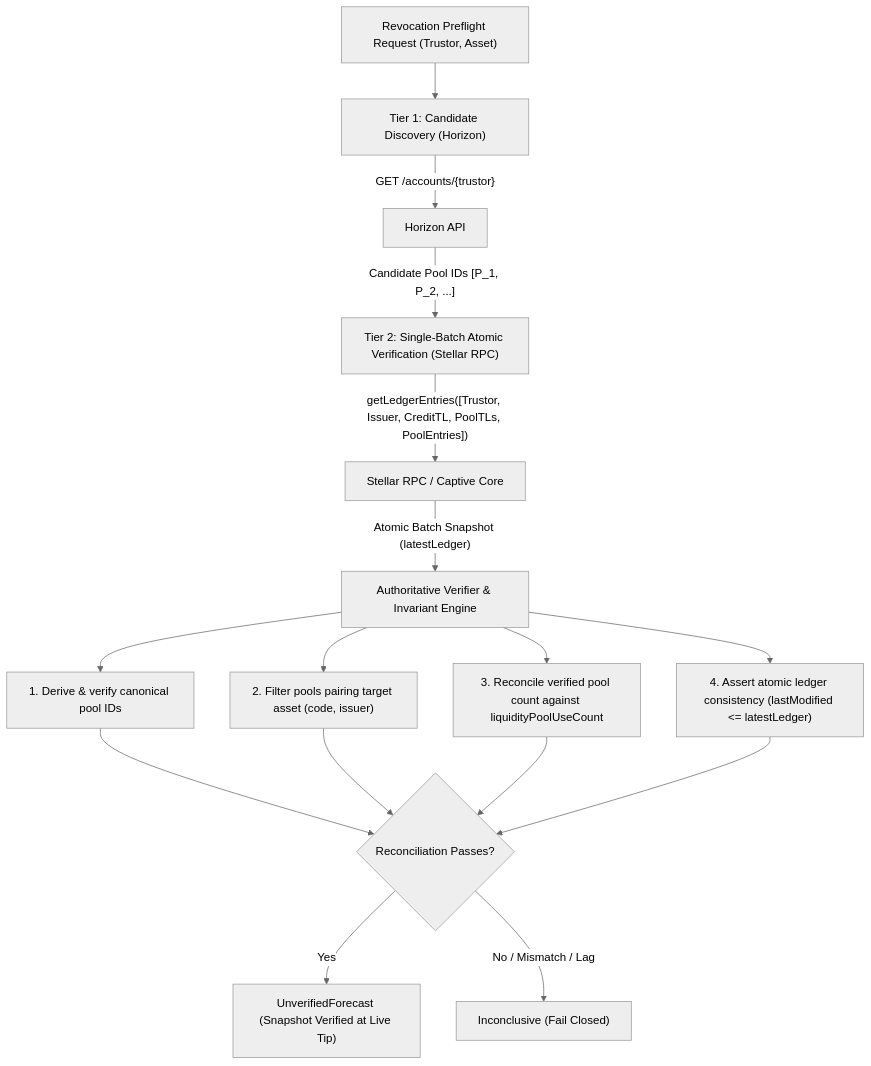
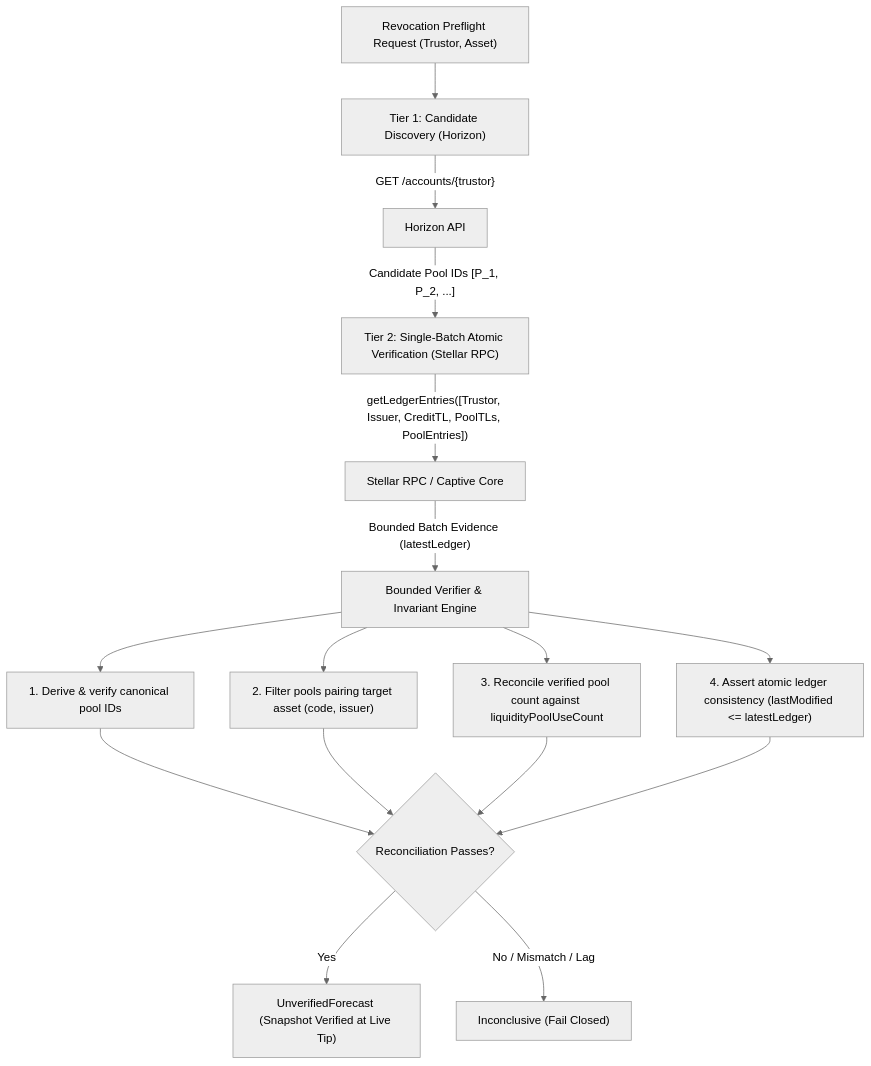
One commit to RevokeTrace/revoketrace changed the diagram in research/trusted-discovery-sources.md. Above: the diagram before and after it, drawn with Mermaid (neutral theme). The commit also changed other lines of this file and 3 other files, not shown here.

````diff
--- a/research/trusted-discovery-sources.md
+++ b/research/trusted-discovery-sources.md
@@ -87,15 +87,15 @@
 ```mermaid
 flowchart TD
     User["Revocation Preflight Request (Trustor, Asset)"] --> T1["Tier 1: Candidate Discovery (Horizon)"]
     T1 --> |"GET /accounts/{trustor}"| HZ["Horizon API"]
     HZ --> |"Candidate Pool IDs [P_1, P_2, ...]"| T2["Tier 2: Single-Batch Atomic Verification (Stellar RPC)"]
     T2 --> |"getLedgerEntries([Trustor, Issuer, CreditTL, PoolTLs, PoolEntries])"| RPC["Stellar RPC / Captive Core"]
-    RPC --> |"Atomic Batch Snapshot (latestLedger)"| V["Authoritative Verifier & Invariant Engine"]
+    RPC --> |"Bounded Batch Evidence (latestLedger)"| V["Bounded Verifier & Invariant Engine"]
     V --> V1["1. Derive & verify canonical pool IDs"]
     V --> V2["2. Filter pools pairing target asset (code, issuer)"]
     V --> V3["3. Reconcile verified pool count against liquidityPoolUseCount"]
     V --> V4["4. Assert atomic ledger consistency (lastModified <= latestLedger)"]
     V1 & V2 & V3 & V4 --> Decision{"Reconciliation Passes?"}
     Decision --> |Yes| Forecast["UnverifiedForecast (Snapshot Verified at Live Tip)"]
     Decision --> |No / Mismatch / Lag| Inconclusive["Inconclusive (Fail Closed)"]
 ```
````
